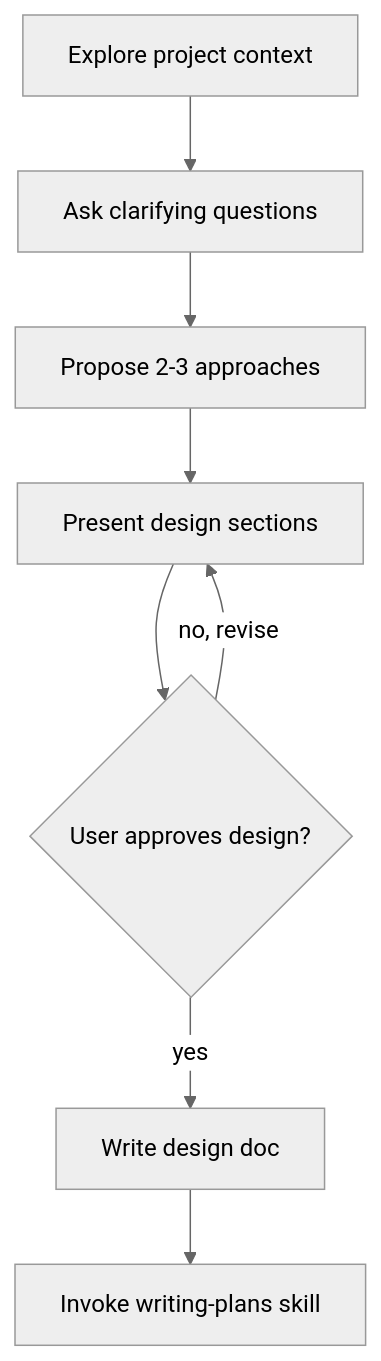
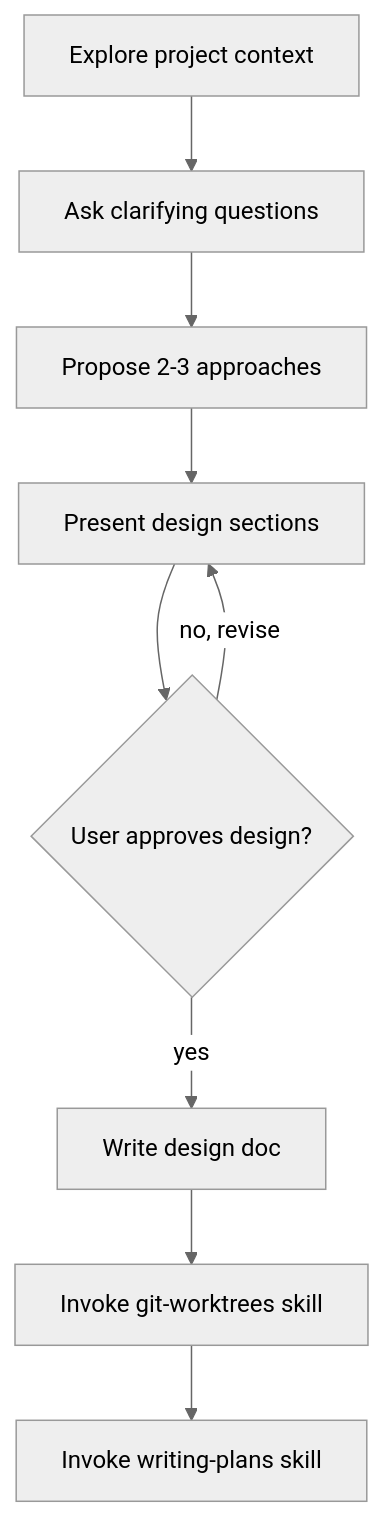
The diagram in skills/superpowers/brainstorming/SKILL.md (pramudityad/pi-config), drawn with Mermaid (neutral theme) before and after one commit. The commit also changed other lines of this file and 21 other files, not shown here.

````diff
--- a/skills/superpowers/brainstorming/SKILL.md
+++ b/skills/superpowers/brainstorming/SKILL.md
@@ -35,10 +36,11 @@
 ```mermaid
 flowchart TD
     A["Explore project context"] --> B["Ask clarifying questions"]
     B --> C["Propose 2-3 approaches"]
     C --> D["Present design sections"]
     D --> E{User approves design?}
     E -->|no, revise| D
     E -->|yes| F["Write design doc"]
-    F --> G["Invoke writing-plans skill"]
+    F --> G["Invoke git-worktrees skill"]
+    G --> H["Invoke writing-plans skill"]
 ```
````
